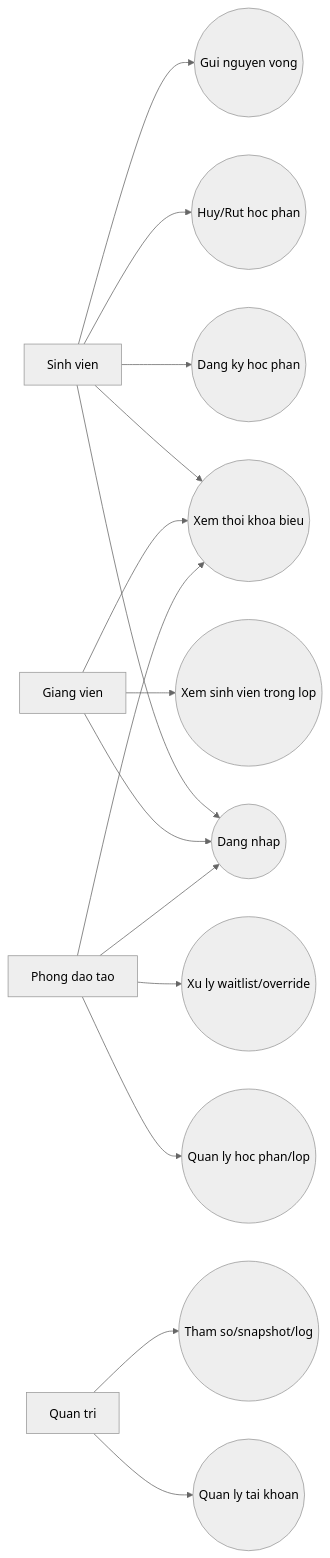
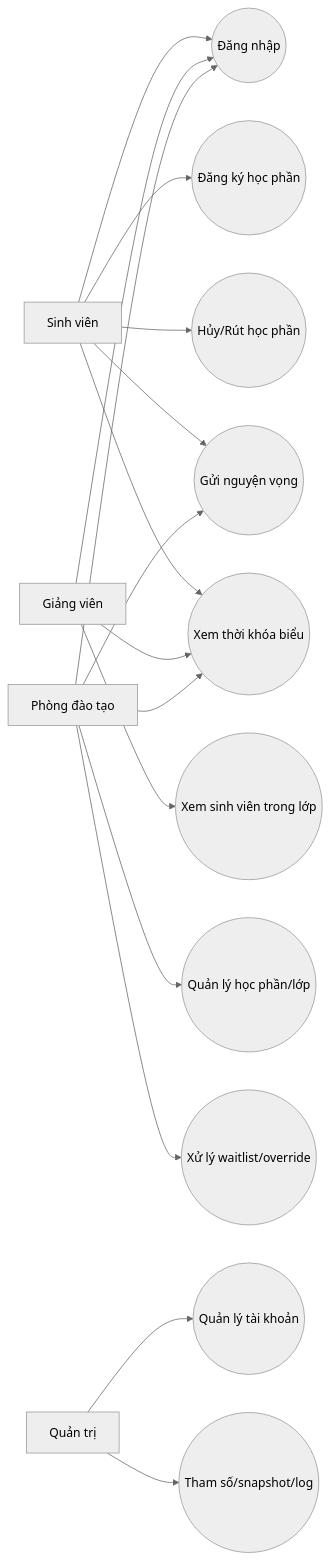
Before and after one commit to athanhneee/CNPM_NHOM25: the first of 4 diagrams in docs/analysis-design.md, drawn with Mermaid (neutral theme). The commit also changed other lines of this file and 86 other files, not shown here.

````diff
--- a/docs/analysis-design.md
+++ b/docs/analysis-design.md
@@ -20,33 +20,34 @@
 ```mermaid
 flowchart LR
-  Student[Sinh vien]
-  Lecturer[Giang vien]
-  Academic[Phong dao tao]
-  Admin[Quan tri]
+  Student[Sinh viên]
+  Lecturer[Giảng viên]
+  Academic[Phòng đào tạo]
+  Admin[Quản trị]
 
-  UCLogin((Dang nhap))
-  UCRegister((Dang ky hoc phan))
-  UCCancel((Huy/Rut hoc phan))
-  UCWish((Gui nguyen vong))
-  UCSchedule((Xem thoi khoa bieu))
-  UCSectionStudents((Xem sinh vien trong lop))
-  UCCourse((Quan ly hoc phan/lop))
-  UCWaitlist((Xu ly waitlist/override))
-  UCUsers((Quan ly tai khoan))
-  UCSettings((Tham so/snapshot/log))
+  UCLogin((Đăng nhập))
+  UCRegister((Đăng ký học phần))
+  UCCancel((Hủy/Rút học phần))
+  UCWish((Gửi nguyện vọng))
+  UCSchedule((Xem thời khóa biểu))
+  UCSectionStudents((Xem sinh viên trong lớp))
+  UCCourse((Quản lý học phần/lớp))
+  UCWaitlist((Xử lý waitlist/override))
+  UCUsers((Quản lý tài khoản))
+  UCSettings((Tham số/snapshot/log))
 
   Student --> UCLogin
   Student --> UCRegister
   Student --> UCCancel
   Student --> UCWish
   Student --> UCSchedule
   Lecturer --> UCLogin
   Lecturer --> UCSectionStudents
   Lecturer --> UCSchedule
   Academic --> UCLogin
   Academic --> UCCourse
   Academic --> UCWaitlist
   Academic --> UCSchedule
+  Academic --> UCWish
   Admin --> UCUsers
   Admin --> UCSettings
 ```
````
